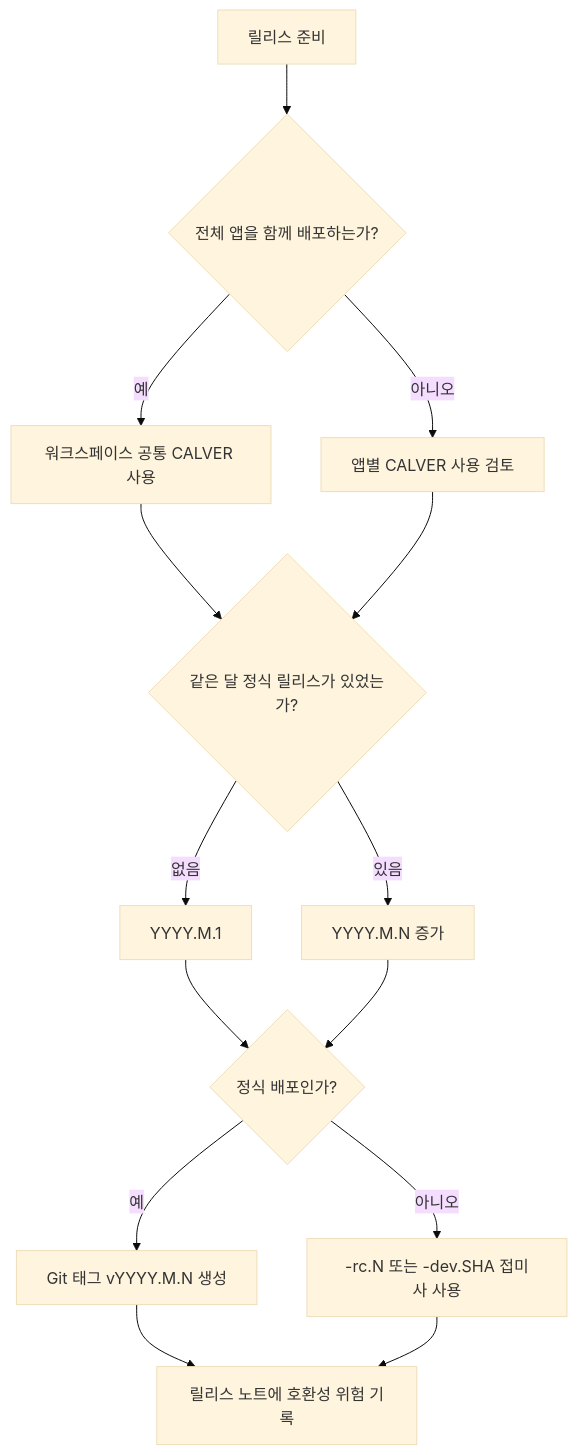
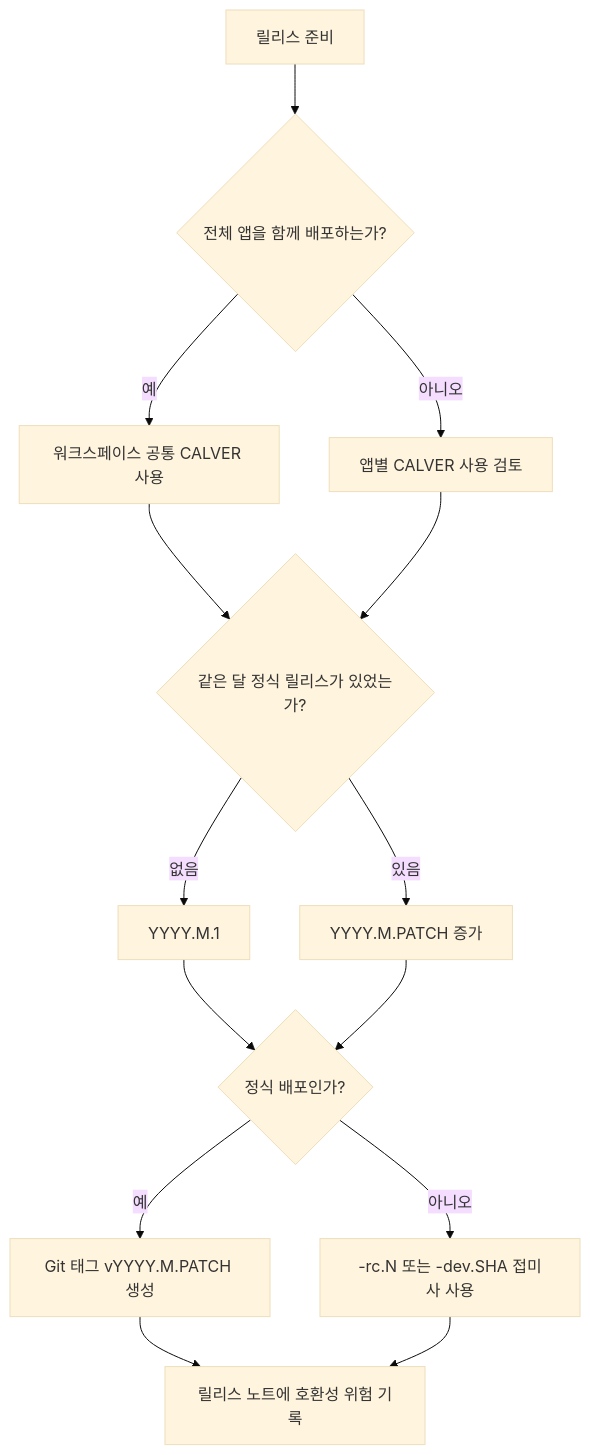
One commit to yoophi/agentic-workspace changed the diagram in docs/calver-versioning-review.md. Above: the diagram before and after it, drawn with Mermaid (base theme). The commit also changed other lines of this file and 8 other files, not shown here.

Commit message:
chore: define CALVER monthly patch sequence (#216)

````diff
--- a/docs/calver-versioning-review.md
+++ b/docs/calver-versioning-review.md
@@ -80,16 +80,16 @@
 ```mermaid
 flowchart TD
   A[릴리스 준비] --> B{전체 앱을 함께 배포하는가?}
   B -->|예| C[워크스페이스 공통 CALVER 사용]
   B -->|아니오| D[앱별 CALVER 사용 검토]
   C --> E{같은 달 정식 릴리스가 있었는가?}
   D --> E
   E -->|없음| F[YYYY.M.1]
-  E -->|있음| G[YYYY.M.N 증가]
+  E -->|있음| G[YYYY.M.PATCH 증가]
   F --> H{정식 배포인가?}
   G --> H
-  H -->|예| I[Git 태그 vYYYY.M.N 생성]
+  H -->|예| I[Git 태그 vYYYY.M.PATCH 생성]
   H -->|아니오| J[-rc.N 또는 -dev.SHA 접미사 사용]
   I --> K[릴리스 노트에 호환성 위험 기록]
   J --> K
 ```
````
